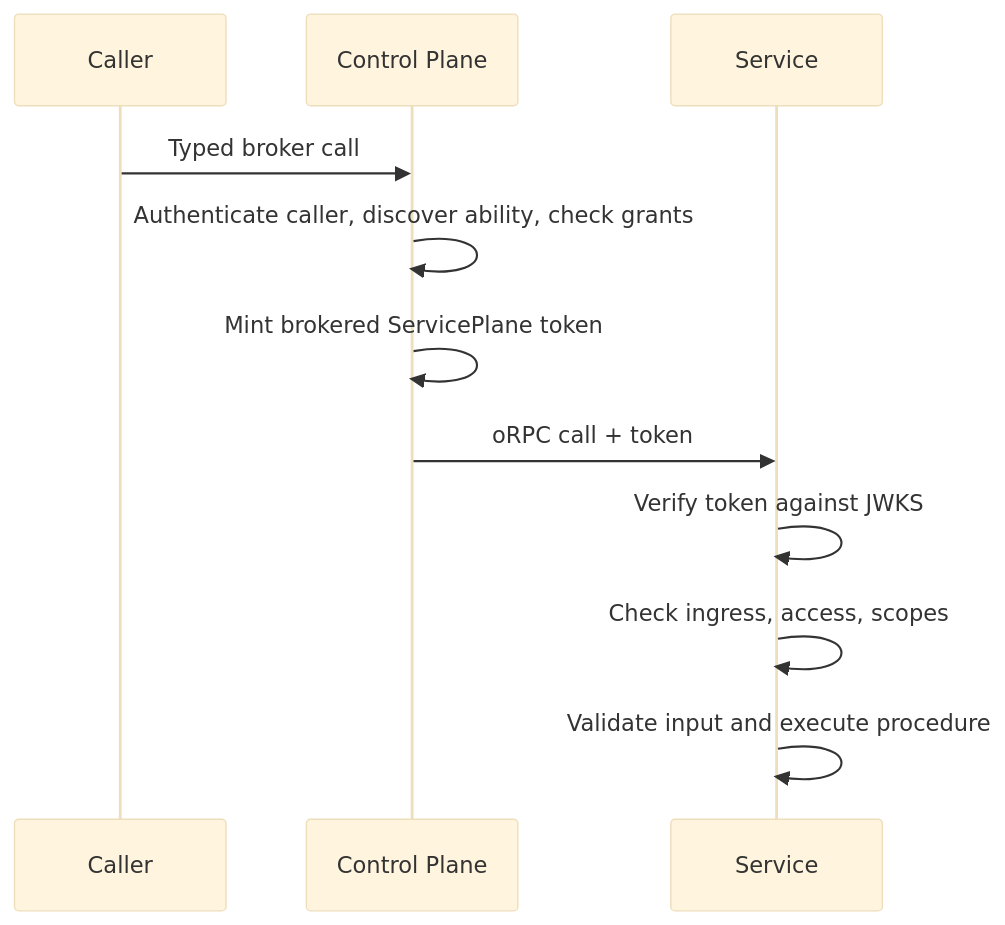
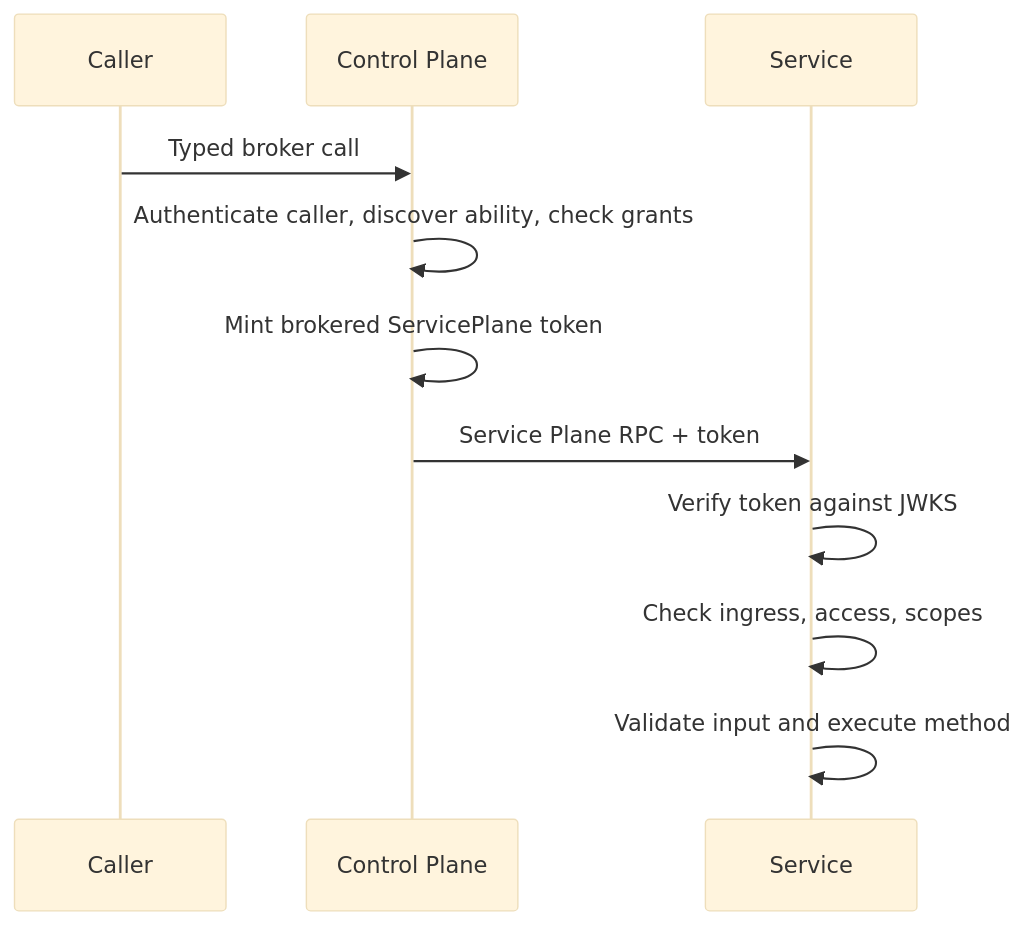
The first of 2 diagrams in docs/auth.md (JUVOJustin/service-plane), drawn with Mermaid (base theme) before and after one commit. The commit also changed other lines of this file and 56 other files, not shown here.

Commit message:
Hide oRPC behind the Service Plane API

````diff
--- a/docs/auth.md
+++ b/docs/auth.md
@@ -13,14 +13,14 @@
 ```mermaid
 sequenceDiagram
   participant Caller
   participant Plane as Control Plane
   participant Service
 
   Caller->>Plane: Typed broker call
   Plane->>Plane: Authenticate caller, discover ability, check grants
   Plane->>Plane: Mint brokered ServicePlane token
-  Plane->>Service: oRPC call + token
+  Plane->>Service: Service Plane RPC + token
   Service->>Service: Verify token against JWKS
   Service->>Service: Check ingress, access, scopes
-  Service->>Service: Validate input and execute procedure
+  Service->>Service: Validate input and execute method
 ```
````
